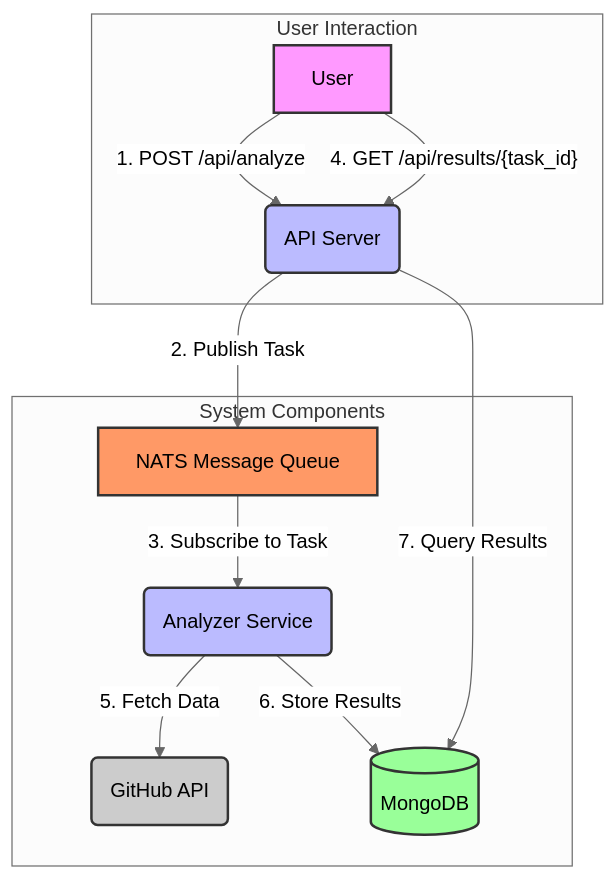
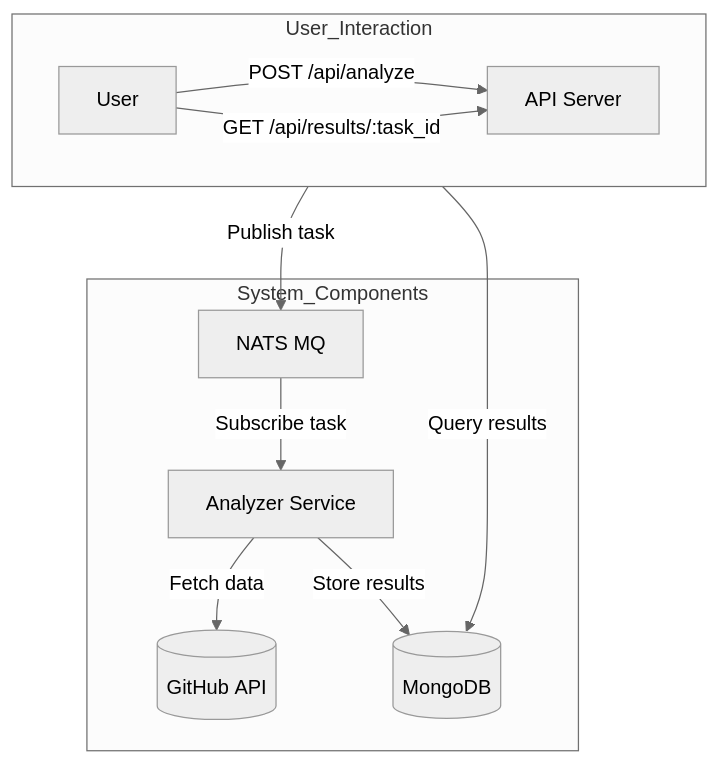
Before and after one commit to baiyuchen1228/ContribPulse: the diagram in README.md, drawn with Mermaid (neutral theme).

````diff
--- a/README.md
+++ b/README.md
@@ -22,22 +22,22 @@
 ```mermaid
 graph TD
-    subgraph "User Interaction"
-        User[User] -- "1. POST /api/analyze" --> APIServer(API Server)
-        User -- "4. GET /api/results/{task_id}" --> APIServer
-    end
+  %% ---------- User interaction ----------
+  subgraph User_Interaction
+    direction LR
+    User[User]
+    ApiSrv[API&nbsp;Server]
+    User -- "POST /api/analyze" --> ApiSrv
+    User -- "GET /api/results/:task_id" --> ApiSrv
+  end
 
-    subgraph "System Components"
-        APIServer -- "2. Publish Task" --> NATS[NATS Message Queue]
-        NATS -- "3. Subscribe to Task" --> Analyzer(Analyzer Service)
-        Analyzer -- "5. Fetch Data" --> GitHub(GitHub API)
-        Analyzer -- "6. Store Results" --> MongoDB[(MongoDB)]
-        APIServer -- "7. Query Results" --> MongoDB
-    end
+  %% ---------- System components ----------
+  subgraph System_Components
+    ApiSrv -- "Publish task" --> NATS[NATS&nbsp;MQ]
+    NATS -- "Subscribe task" --> Analyzer[Analyzer&nbsp;Service]
+    Analyzer -- "Fetch data" --> GitHub[(GitHub&nbsp;API)]
+    Analyzer -- "Store results" --> MongoDB[(MongoDB)]
+    ApiSrv -- "Query results" --> MongoDB
+  end
 
-    style User fill:#f9f,stroke:#333,stroke-width:2px
-    style APIServer fill:#bbf,stroke:#333,stroke-width:2px
-    style Analyzer fill:#bbf,stroke:#333,stroke-width:2px
-    style NATS fill:#f96,stroke:#333,stroke-width:2px
-    style MongoDB fill:#9f9,stroke:#333,stroke-width:2px
-    style GitHub fill:#ccc,stroke:#333,stroke-width:2px
+
 ```
````
